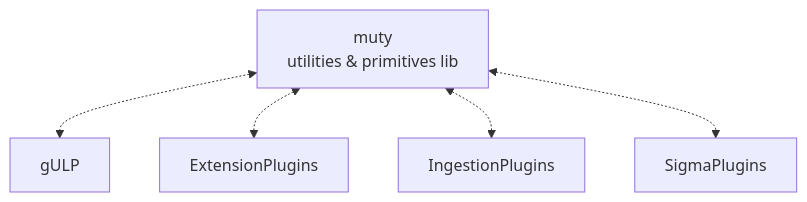
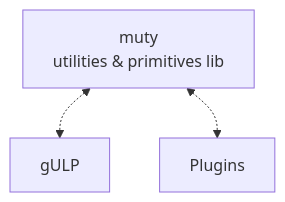
Before and after one commit to mentat-is/gulp: the second of 5 diagrams in docs/Architecture.md, drawn with Mermaid. The commit also changed other lines of this file and 37 other files, not shown here.

````diff
--- a/docs/Architecture.md
+++ b/docs/Architecture.md
@@ -57,11 +61,9 @@
 ```mermaid
 flowchart TB
 
 muty[muty
   utilities & primitives lib]
 
 muty<-.->gULP
-muty<-.->ExtensionPlugins
-muty<-.->IngestionPlugins
-muty<-.->SigmaPlugins
+muty<-.->Plugins
 ```
````
